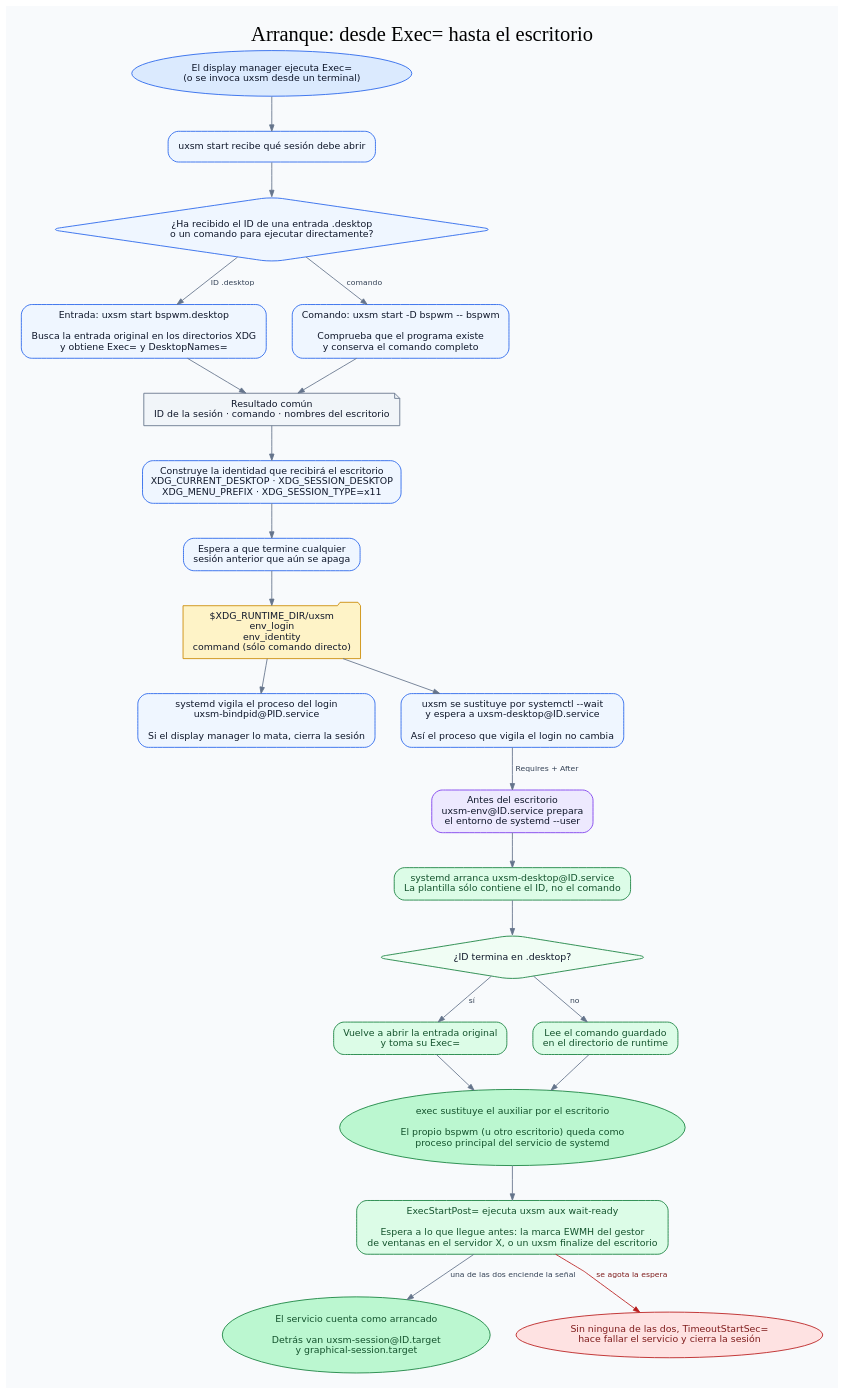
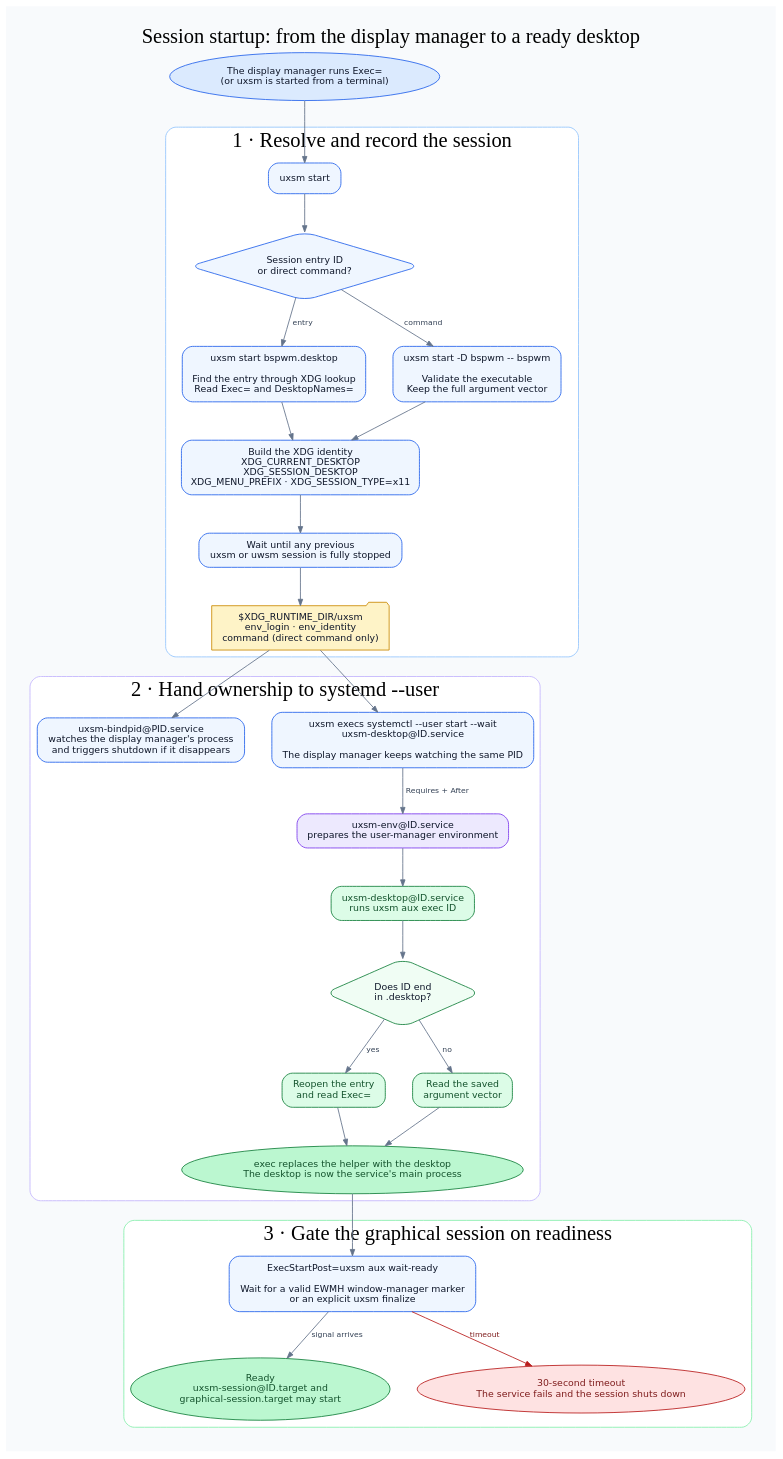
One commit to heizeisaburou/uxsm changed the diagram in docs/flows/session-start.dot. Above: the diagram before and after it, drawn with Graphviz. The commit also changed 13 other files, not shown here.

Commit message:
Documentación en inglés y diagramas rehechos

```diff
--- a/docs/flows/session-start.dot
+++ b/docs/flows/session-start.dot
@@ -1,77 +1,100 @@
 digraph session_start {
   graph [
-    label="Arranque: desde Exec= hasta el escritorio",
+    label="Session startup: from the display manager to a ready desktop",
     labelloc=t,
     fontsize=24,
     fontname="DejaVu Sans Bold",
     bgcolor="#f8fafc",
-    pad=0.25,
-    nodesep=0.42,
-    ranksep=0.55,
-    splines=polyline
+    pad=0.28,
+    nodesep=0.45,
+    ranksep=0.60,
+    splines=polyline,
+    newrank=true
   ];
   node [shape=box, style="rounded,filled", fontname="DejaVu Sans", fontsize=11,
-        color="#2563eb", fillcolor="#eff6ff", fontcolor="#0f172a", margin="0.15,0.10"];
+        color="#2563eb", fillcolor="#eff6ff", fontcolor="#0f172a", margin="0.16,0.11"];
   edge [fontname="DejaVu Sans", fontsize=9, color="#64748b", fontcolor="#334155", arrowsize=0.75];
 
   caller [shape=oval, fillcolor="#dbeafe",
-          label="El display manager ejecuta Exec=\n(o se invoca uxsm desde un terminal)"];
-  start [label="uxsm start recibe qué sesión debe abrir"];
-  kind [shape=diamond, label="¿Ha recibido el ID de una entrada .desktop\no un comando para ejecutar directamente?"];
+          label="The display manager runs Exec=\n(or uxsm is started from a terminal)"];
 
-  entry [label="Entrada: uxsm start bspwm.desktop\n\nBusca la entrada original en los directorios XDG\ny obtiene Exec= y DesktopNames="];
-  command [label="Comando: uxsm start -D bspwm -- bspwm\n\nComprueba que el programa existe\ny conserva el comando completo"];
-  resolved [shape=note, color="#64748b", fillcolor="#f1f5f9",
-            label="Resultado común\nID de la sesión · comando · nombres del escritorio"];
+  subgraph cluster_resolve {
+    label="1 · Resolve and record the session";
+    color="#93c5fd";
+    style="rounded,filled";
+    fillcolor="#ffffff";
+    fontname="DejaVu Sans Bold";
 
-  identity [label="Construye la identidad que recibirá el escritorio\nXDG_CURRENT_DESKTOP · XDG_SESSION_DESKTOP\nXDG_MENU_PREFIX · XDG_SESSION_TYPE=x11"];
-  wait [label="Espera a que termine cualquier\nsesión anterior que aún se apaga"];
-  files [shape=folder, fillcolor="#fef3c7", color="#ca8a04",
-         label="$XDG_RUNTIME_DIR/uxsm\nenv_login\nenv_identity\ncommand (sólo comando directo)"];
+    start [label="uxsm start"];
+    kind [shape=diamond, label="Session entry ID\nor direct command?"];
+    entry [label="uxsm start bspwm.desktop\n\nFind the entry through XDG lookup\nRead Exec= and DesktopNames="];
+    command [label="uxsm start -D bspwm -- bspwm\n\nValidate the executable\nKeep the full argument vector"];
+    identity [label="Build the XDG identity\nXDG_CURRENT_DESKTOP\nXDG_SESSION_DESKTOP\nXDG_MENU_PREFIX · XDG_SESSION_TYPE=x11"];
+    wait [label="Wait until any previous\nuxsm or uwsm session is fully stopped"];
+    files [shape=folder, fillcolor="#fef3c7", color="#ca8a04",
+           label="$XDG_RUNTIME_DIR/uxsm\nenv_login · env_identity\ncommand (direct command only)"];
 
-  bind [label="systemd vigila el proceso del login\nuxsm-bindpid@PID.service\n\nSi el display manager lo mata, cierra la sesión"];
-  replace [label="uxsm se sustituye por systemctl --wait\ny espera a uxsm-desktop@ID.service\n\nAsí el proceso que vigila el login no cambia"];
+    start -> kind;
+    kind -> entry [label=" entry "];
+    kind -> command [label=" command "];
+    entry -> identity;
+    command -> identity;
+    identity -> wait -> files;
+    {rank=same; entry; command}
+  }
 
-  env [fillcolor="#ede9fe", color="#7c3aed",
-       label="Antes del escritorio\nuxsm-env@ID.service prepara\nel entorno de systemd --user"];
-  aux [fillcolor="#dcfce7", color="#15803d", fontcolor="#14532d",
-       label="systemd arranca uxsm-desktop@ID.service\nLa plantilla sólo contiene el ID, no el comando"];
-  source [shape=diamond, fillcolor="#f0fdf4", color="#15803d",
-          label="¿ID termina en .desktop?"];
-  reread [fillcolor="#dcfce7", color="#15803d", fontcolor="#14532d",
-          label="Vuelve a abrir la entrada original\ny toma su Exec="];
-  saved [fillcolor="#dcfce7", color="#15803d", fontcolor="#14532d",
-         label="Lee el comando guardado\nen el directorio de runtime"];
-  desktop [shape=oval, fillcolor="#bbf7d0", color="#15803d", fontcolor="#14532d",
-           label="exec sustituye el auxiliar por el escritorio\n\nEl propio bspwm (u otro escritorio) queda como\nproceso principal del servicio de systemd"];
-  waitwm [fillcolor="#dcfce7", color="#15803d", fontcolor="#14532d",
-          label="ExecStartPost= ejecuta uxsm aux wait-ready\n\nEspera a lo que llegue antes: la marca EWMH del gestor\nde ventanas en el servidor X, o un uxsm finalize del escritorio"];
-  ready [shape=oval, fillcolor="#bbf7d0", color="#15803d", fontcolor="#14532d",
-         label="El servicio cuenta como arrancado\n\nDetrás van uxsm-session@ID.target\ny graphical-session.target"];
-  nowm [shape=oval, color="#b91c1c", fillcolor="#fee2e2", fontcolor="#7f1d1d",
-        label="Sin ninguna de las dos, TimeoutStartSec=\nhace fallar el servicio y cierra la sesión"];
+  subgraph cluster_systemd {
+    label="2 · Hand ownership to systemd --user";
+    color="#c4b5fd";
+    style="rounded,filled";
+    fillcolor="#ffffff";
+    fontname="DejaVu Sans Bold";
 
-  caller -> start -> kind;
-  kind -> entry [label=" ID .desktop "];
-  kind -> command [label=" comando "];
-  entry -> resolved;
-  command -> resolved;
-  resolved -> identity -> wait -> files;
+    bind [label="uxsm-bindpid@PID.service\nwatches the display manager's process\nand triggers shutdown if it disappears"];
+    replace [label="uxsm execs systemctl --user start --wait\nuxsm-desktop@ID.service\n\nThe display manager keeps watching the same PID"];
+    env [fillcolor="#ede9fe", color="#7c3aed",
+         label="uxsm-env@ID.service\nprepares the user-manager environment"];
+    desktop_service [fillcolor="#dcfce7", color="#15803d", fontcolor="#14532d",
+                     label="uxsm-desktop@ID.service\nruns uxsm aux exec ID"];
+    source [shape=diamond, fillcolor="#f0fdf4", color="#15803d",
+            label="Does ID end\nin .desktop?"];
+    reread [fillcolor="#dcfce7", color="#15803d", fontcolor="#14532d",
+            label="Reopen the entry\nand read Exec="];
+    saved [fillcolor="#dcfce7", color="#15803d", fontcolor="#14532d",
+           label="Read the saved\nargument vector"];
+    desktop [shape=oval, fillcolor="#bbf7d0", color="#15803d", fontcolor="#14532d",
+             label="exec replaces the helper with the desktop\nThe desktop is now the service's main process"];
+
+    replace -> env [label=" Requires + After "];
+    env -> desktop_service -> source;
+    source -> reread [label=" yes "];
+    source -> saved [label=" no "];
+    reread -> desktop;
+    saved -> desktop;
+    {rank=same; bind; replace}
+    {rank=same; reread; saved}
+  }
+
+  subgraph cluster_ready {
+    label="3 · Gate the graphical session on readiness";
+    color="#86efac";
+    style="rounded,filled";
+    fillcolor="#ffffff";
+    fontname="DejaVu Sans Bold";
+
+    waitwm [label="ExecStartPost=uxsm aux wait-ready\n\nWait for a valid EWMH window-manager marker\nor an explicit uxsm finalize"];
+    ready [shape=oval, fillcolor="#bbf7d0", color="#15803d", fontcolor="#14532d",
+           label="Ready\nuxsm-session@ID.target and\ngraphical-session.target may start"];
+    timeout [shape=oval, color="#b91c1c", fillcolor="#fee2e2", fontcolor="#7f1d1d",
+             label="30-second timeout\nThe service fails and the session shuts down"];
+
+    waitwm -> ready [label=" signal arrives "];
+    waitwm -> timeout [label=" timeout ", color="#b91c1c", fontcolor="#7f1d1d"];
+    {rank=same; ready; timeout}
+  }
+
+  caller -> start;
   files -> bind;
   files -> replace;
-  replace -> env [label=" Requires + After "];
-  env -> aux;
-  aux -> source;
-  source -> reread [label=" sí "];
-  source -> saved [label=" no "];
-  reread -> desktop;
-  saved -> desktop;
   desktop -> waitwm;
-  waitwm -> ready [label=" una de las dos enciende la señal "];
-  waitwm -> nowm [label=" se agota la espera ", color="#b91c1c", fontcolor="#7f1d1d"];
-
-  {rank=same; entry; command}
-  {rank=same; bind; replace}
-  {rank=same; reread; saved}
-  {rank=same; ready; nowm}
 }
```
